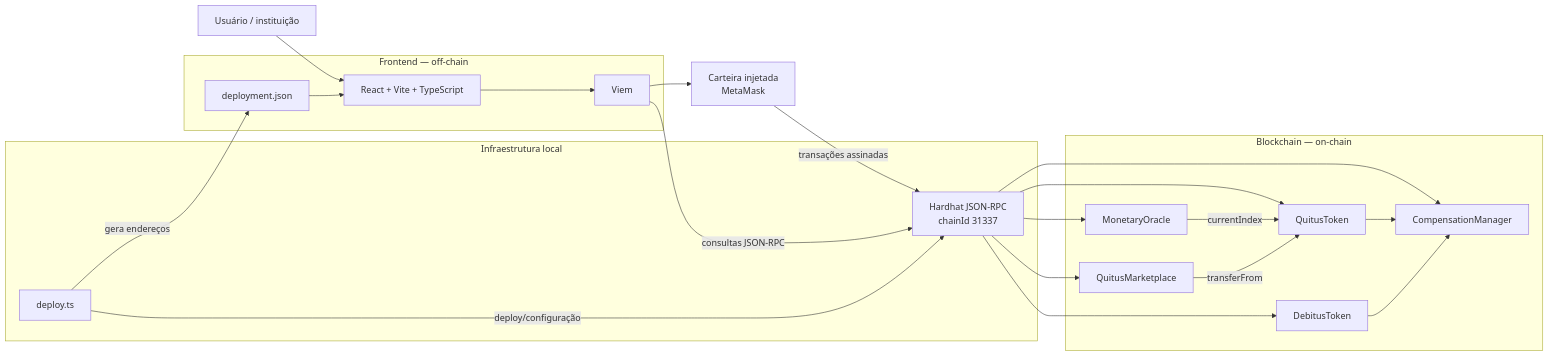
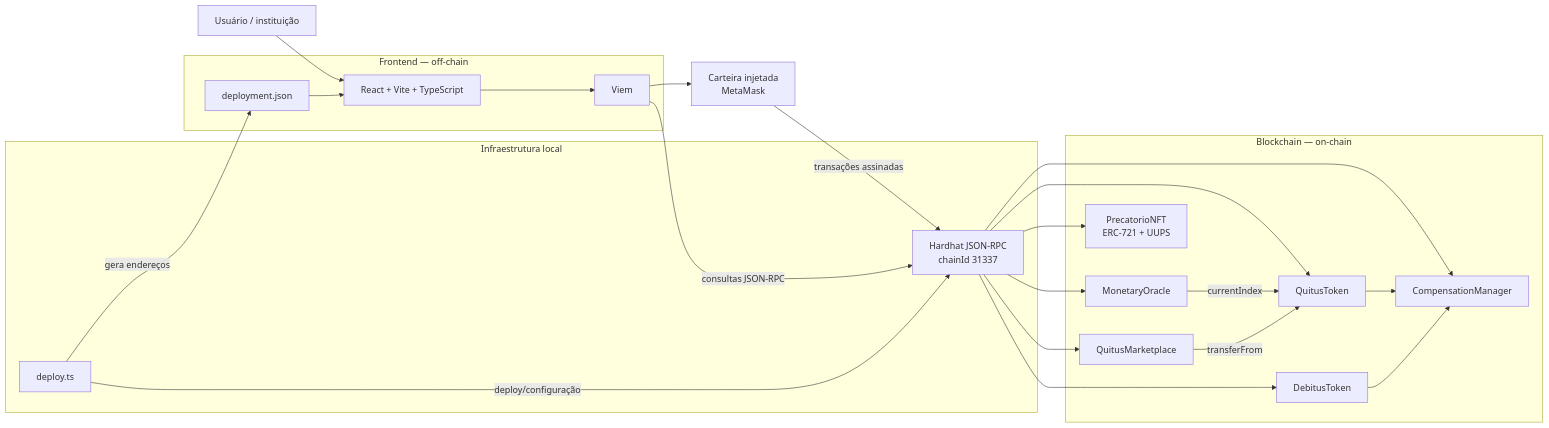
Before and after one commit to Victor-droid165/blockchain: the first of 2 diagrams in Lab4/docs/arquitetura/sistema.md, drawn with Mermaid. The commit also changed other lines of this file and 27 other files, not shown here.

Commit message:
feat(lab4): adiciona PrecatorioNFT upgradeable e invalidavel

````diff
--- a/Lab4/docs/arquitetura/sistema.md
+++ b/Lab4/docs/arquitetura/sistema.md
@@ -7,45 +10,47 @@
 ```mermaid
 flowchart LR
     U[Usuário / instituição]
     W[Carteira injetada<br/>MetaMask]
 
     subgraph FE["Frontend — off-chain"]
         UI[React + Vite + TypeScript]
         VIEM[Viem]
         DEP[deployment.json]
     end
 
     subgraph DEV["Infraestrutura local"]
         RPC[Hardhat JSON-RPC<br/>chainId 31337]
         SCRIPT[deploy.ts]
     end
 
     subgraph ON["Blockchain — on-chain"]
         ORA[MonetaryOracle]
         QTS[QuitusToken]
         DBT[DebitusToken]
         CMP[CompensationManager]
         MKT[QuitusMarketplace]
+        PNFT[PrecatorioNFT<br/>ERC-721 + UUPS]
     end
 
     U --> UI
     UI --> VIEM
     VIEM --> W
     W -->|transações assinadas| RPC
     VIEM -->|consultas JSON-RPC| RPC
     DEP --> UI
 
     SCRIPT -->|deploy/configuração| RPC
     SCRIPT -->|gera endereços| DEP
 
     RPC --> ORA
     RPC --> QTS
     RPC --> DBT
     RPC --> CMP
     RPC --> MKT
+    RPC --> PNFT
 
     ORA -->|currentIndex| QTS
     QTS --> CMP
     DBT --> CMP
     MKT -->|transferFrom| QTS
 ```
````
